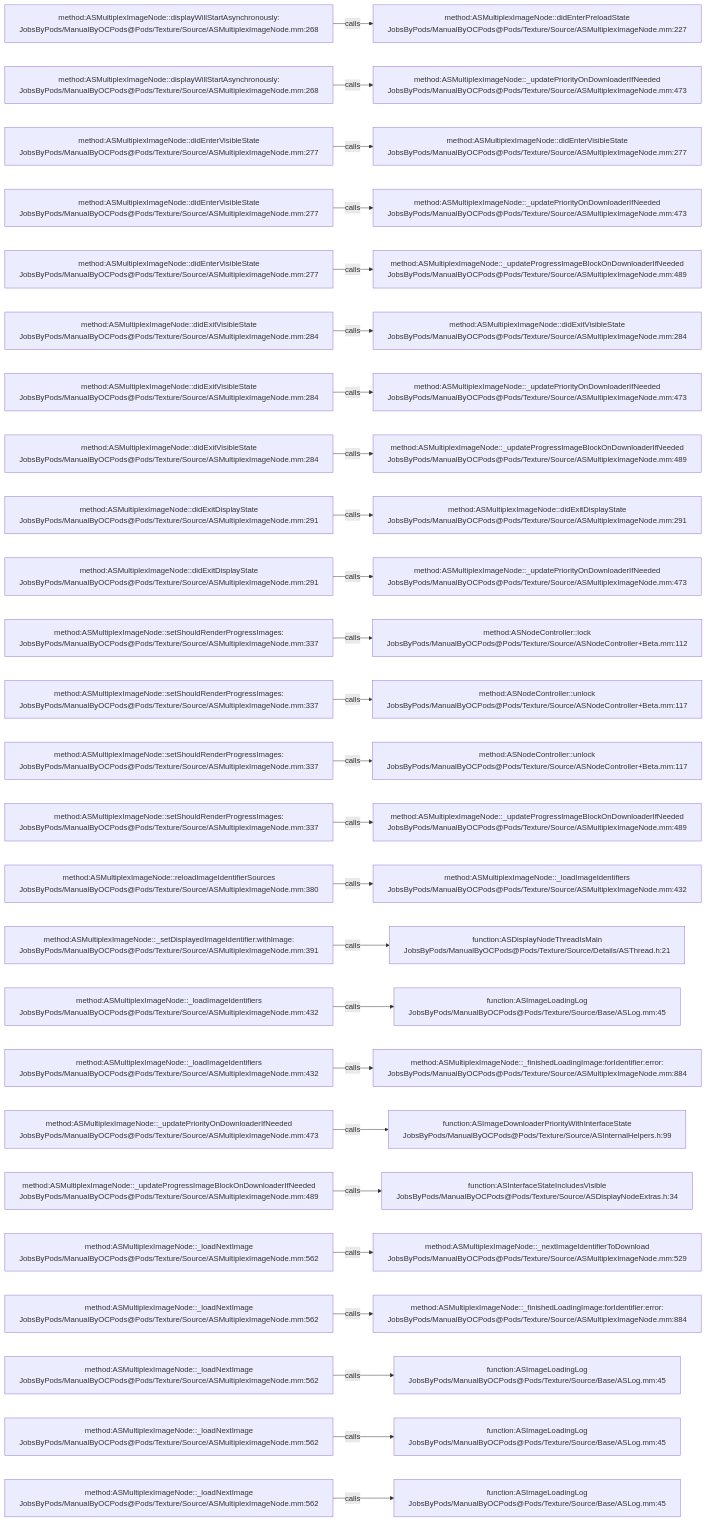
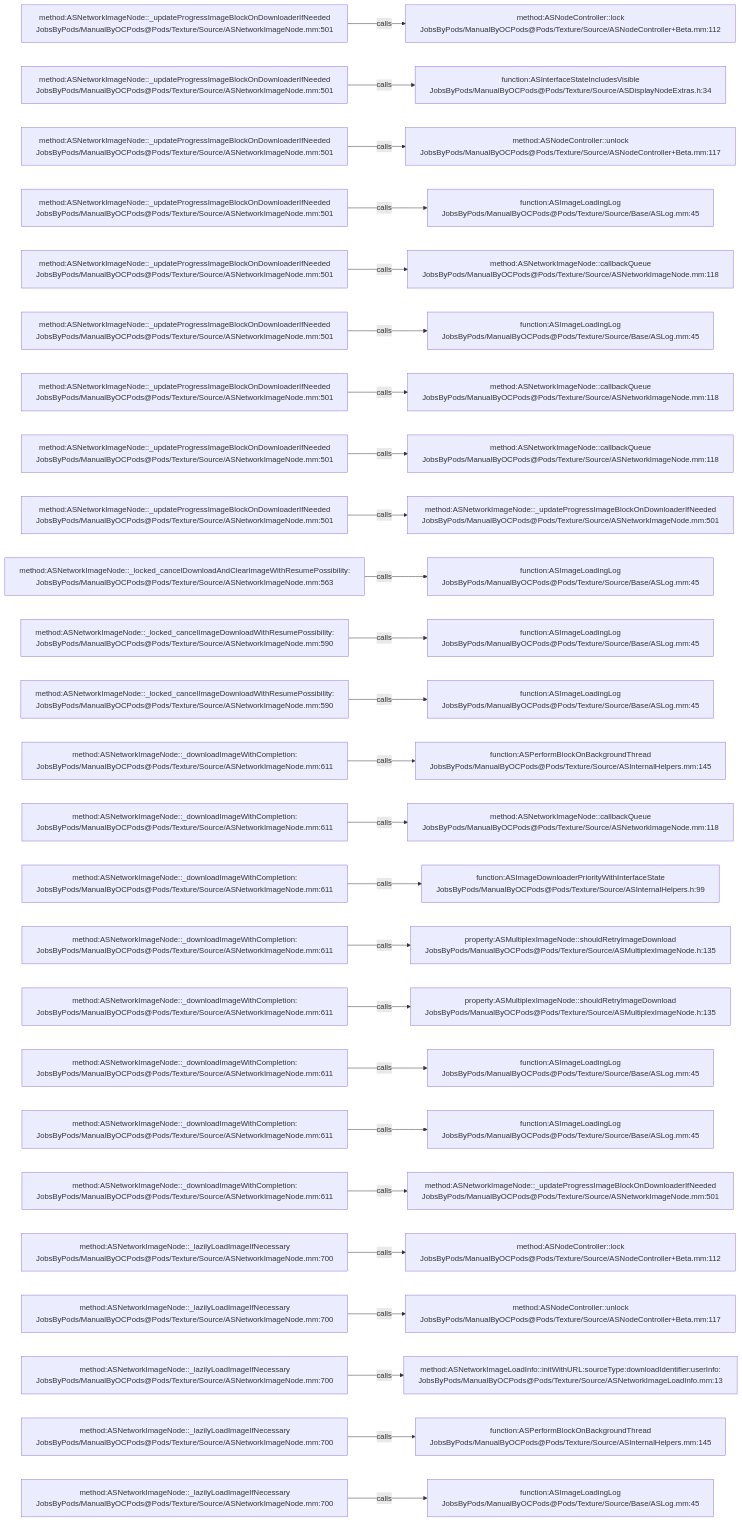
One commit to JobsKits/JobsOCBaseConfigDemo changed the diagram in .codegraph/codegraph.md/graphs/calls-116.md. Above: the diagram before and after it, drawn with Mermaid. The commit also changed 1353 other files, not shown here.

````diff
--- a/.codegraph/codegraph.md/graphs/calls-116.md
+++ b/.codegraph/codegraph.md/graphs/calls-116.md
@@ -13,78 +13,78 @@
 ```mermaid
 flowchart LR
-  S1["method:ASMultiplexImageNode::displayWillStartAsynchronously:<br/>JobsByPods/ManualByOCPods@Pods/Texture/Source/ASMultiplexImageNode.mm:268"]
-  T1["method:ASMultiplexImageNode::didEnterPreloadState<br/>JobsByPods/ManualByOCPods@Pods/Texture/Source/ASMultiplexImageNode.mm:227"]
+  S1["method:ASNetworkImageNode::_updateProgressImageBlockOnDownloaderIfNeeded<br/>JobsByPods/ManualByOCPods@Pods/Texture/Source/ASNetworkImageNode.mm:501"]
+  T1["method:ASNodeController::lock<br/>JobsByPods/ManualByOCPods@Pods/Texture/Source/ASNodeController+Beta.mm:112"]
   S1 -->|calls| T1
-  S2["method:ASMultiplexImageNode::displayWillStartAsynchronously:<br/>JobsByPods/ManualByOCPods@Pods/Texture/Source/ASMultiplexImageNode.mm:268"]
-  T2["method:ASMultiplexImageNode::_updatePriorityOnDownloaderIfNeeded<br/>JobsByPods/ManualByOCPods@Pods/Texture/Source/ASMultiplexImageNode.mm:473"]
+  S2["method:ASNetworkImageNode::_updateProgressImageBlockOnDownloaderIfNeeded<br/>JobsByPods/ManualByOCPods@Pods/Texture/Source/ASNetworkImageNode.mm:501"]
+  T2["function:ASInterfaceStateIncludesVisible<br/>JobsByPods/ManualByOCPods@Pods/Texture/Source/ASDisplayNodeExtras.h:34"]
   S2 -->|calls| T2
-  S3["method:ASMultiplexImageNode::didEnterVisibleState<br/>JobsByPods/ManualByOCPods@Pods/Texture/Source/ASMultiplexImageNode.mm:277"]
-  T3["method:ASMultiplexImageNode::didEnterVisibleState<br/>JobsByPods/ManualByOCPods@Pods/Texture/Source/ASMultiplexImageNode.mm:277"]
+  S3["method:ASNetworkImageNode::_updateProgressImageBlockOnDownloaderIfNeeded<br/>JobsByPods/ManualByOCPods@Pods/Texture/Source/ASNetworkImageNode.mm:501"]
+  T3["method:ASNodeController::unlock<br/>JobsByPods/ManualByOCPods@Pods/Texture/Source/ASNodeController+Beta.mm:117"]
   S3 -->|calls| T3
-  S4["method:ASMultiplexImageNode::didEnterVisibleState<br/>JobsByPods/ManualByOCPods@Pods/Texture/Source/ASMultiplexImageNode.mm:277"]
-  T4["method:ASMultiplexImageNode::_updatePriorityOnDownloaderIfNeeded<br/>JobsByPods/ManualByOCPods@Pods/Texture/Source/ASMultiplexImageNode.mm:473"]
+  S4["method:ASNetworkImageNode::_updateProgressImageBlockOnDownloaderIfNeeded<br/>JobsByPods/ManualByOCPods@Pods/Texture/Source/ASNetworkImageNode.mm:501"]
+  T4["function:ASImageLoadingLog<br/>JobsByPods/ManualByOCPods@Pods/Texture/Source/Base/ASLog.mm:45"]
   S4 -->|calls| T4
-  S5["method:ASMultiplexImageNode::didEnterVisibleState<br/>JobsByPods/ManualByOCPods@Pods/Texture/Source/ASMultiplexImageNode.mm:277"]
-  T5["method:ASMultiplexImageNode::_updateProgressImageBlockOnDownloaderIfNeeded<br/>JobsByPods/ManualByOCPods@Pods/Texture/Source/ASMultiplexImageNode.mm:489"]
+  S5["method:ASNetworkImageNode::_updateProgressImageBlockOnDownloaderIfNeeded<br/>JobsByPods/ManualByOCPods@Pods/Texture/Source/ASNetworkImageNode.mm:501"]
+  T5["method:ASNetworkImageNode::callbackQueue<br/>JobsByPods/ManualByOCPods@Pods/Texture/Source/ASNetworkImageNode.mm:118"]
   S5 -->|calls| T5
-  S6["method:ASMultiplexImageNode::didExitVisibleState<br/>JobsByPods/ManualByOCPods@Pods/Texture/Source/ASMultiplexImageNode.mm:284"]
-  T6["method:ASMultiplexImageNode::didExitVisibleState<br/>JobsByPods/ManualByOCPods@Pods/Texture/Source/ASMultiplexImageNode.mm:284"]
+  S6["method:ASNetworkImageNode::_updateProgressImageBlockOnDownloaderIfNeeded<br/>JobsByPods/ManualByOCPods@Pods/Texture/Source/ASNetworkImageNode.mm:501"]
+  T6["function:ASImageLoadingLog<br/>JobsByPods/ManualByOCPods@Pods/Texture/Source/Base/ASLog.mm:45"]
   S6 -->|calls| T6
-  S7["method:ASMultiplexImageNode::didExitVisibleState<br/>JobsByPods/ManualByOCPods@Pods/Texture/Source/ASMultiplexImageNode.mm:284"]
-  T7["method:ASMultiplexImageNode::_updatePriorityOnDownloaderIfNeeded<br/>JobsByPods/ManualByOCPods@Pods/Texture/Source/ASMultiplexImageNode.mm:473"]
+  S7["method:ASNetworkImageNode::_updateProgressImageBlockOnDownloaderIfNeeded<br/>JobsByPods/ManualByOCPods@Pods/Texture/Source/ASNetworkImageNode.mm:501"]
+  T7["method:ASNetworkImageNode::callbackQueue<br/>JobsByPods/ManualByOCPods@Pods/Texture/Source/ASNetworkImageNode.mm:118"]
   S7 -->|calls| T7
-  S8["method:ASMultiplexImageNode::didExitVisibleState<br/>JobsByPods/ManualByOCPods@Pods/Texture/Source/ASMultiplexImageNode.mm:284"]
-  T8["method:ASMultiplexImageNode::_updateProgressImageBlockOnDownloaderIfNeeded<br/>JobsByPods/ManualByOCPods@Pods/Texture/Source/ASMultiplexImageNode.mm:489"]
+  S8["method:ASNetworkImageNode::_updateProgressImageBlockOnDownloaderIfNeeded<br/>JobsByPods/ManualByOCPods@Pods/Texture/Source/ASNetworkImageNode.mm:501"]
+  T8["method:ASNetworkImageNode::callbackQueue<br/>JobsByPods/ManualByOCPods@Pods/Texture/Source/ASNetworkImageNode.mm:118"]
   S8 -->|calls| T8
-  S9["method:ASMultiplexImageNode::didExitDisplayState<br/>JobsByPods/ManualByOCPods@Pods/Texture/Source/ASMultiplexImageNode.mm:291"]
-  T9["method:ASMultiplexImageNode::didExitDisplayState<br/>JobsByPods/ManualByOCPods@Pods/Texture/Source/ASMultiplexImageNode.mm:291"]
+  S9["method:ASNetworkImageNode::_updateProgressImageBlockOnDownloaderIfNeeded<br/>JobsByPods/ManualByOCPods@Pods/Texture/Source/ASNetworkImageNode.mm:501"]
+  T9["method:ASNetworkImageNode::_updateProgressImageBlockOnDownloaderIfNeeded<br/>JobsByPods/ManualByOCPods@Pods/Texture/Source/ASNetworkImageNode.mm:501"]
   S9 -->|calls| T9
-  S10["method:ASMultiplexImageNode::didExitDisplayState<br/>JobsByPods/ManualByOCPods@Pods/Texture/Source/ASMultiplexImageNode.mm:291"]
-  T10["method:ASMultiplexImageNode::_updatePriorityOnDownloaderIfNeeded<br/>JobsByPods/ManualByOCPods@Pods/Texture/Source/ASMultiplexImageNode.mm:473"]
+  S10["method:ASNetworkImageNode::_locked_cancelDownloadAndClearImageWithResumePossibility:<br/>JobsByPods/ManualByOCPods@Pods/Texture/Source/ASNetworkImageNode.mm:563"]
+  T10["function:ASImageLoadingLog<br/>JobsByPods/ManualByOCPods@Pods/Texture/Source/Base/ASLog.mm:45"]
   S10 -->|calls| T10
-  S11["method:ASMultiplexImageNode::setShouldRenderProgressImages:<br/>JobsByPods/ManualByOCPods@Pods/Texture/Source/ASMultiplexImageNode.mm:337"]
-  T11["method:ASNodeController::lock<br/>JobsByPods/ManualByOCPods@Pods/Texture/Source/ASNodeController+Beta.mm:112"]
+  S11["method:ASNetworkImageNode::_locked_cancelImageDownloadWithResumePossibility:<br/>JobsByPods/ManualByOCPods@Pods/Texture/Source/ASNetworkImageNode.mm:590"]
+  T11["function:ASImageLoadingLog<br/>JobsByPods/ManualByOCPods@Pods/Texture/Source/Base/ASLog.mm:45"]
   S11 -->|calls| T11
-  S12["method:ASMultiplexImageNode::setShouldRenderProgressImages:<br/>JobsByPods/ManualByOCPods@Pods/Texture/Source/ASMultiplexImageNode.mm:337"]
-  T12["method:ASNodeController::unlock<br/>JobsByPods/ManualByOCPods@Pods/Texture/Source/ASNodeController+Beta.mm:117"]
+  S12["method:ASNetworkImageNode::_locked_cancelImageDownloadWithResumePossibility:<br/>JobsByPods/ManualByOCPods@Pods/Texture/Source/ASNetworkImageNode.mm:590"]
+  T12["function:ASImageLoadingLog<br/>JobsByPods/ManualByOCPods@Pods/Texture/Source/Base/ASLog.mm:45"]
   S12 -->|calls| T12
-  S13["method:ASMultiplexImageNode::setShouldRenderProgressImages:<br/>JobsByPods/ManualByOCPods@Pods/Texture/Source/ASMultiplexImageNode.mm:337"]
-  T13["method:ASNodeController::unlock<br/>JobsByPods/ManualByOCPods@Pods/Texture/Source/ASNodeController+Beta.mm:117"]
+  S13["method:ASNetworkImageNode::_downloadImageWithCompletion:<br/>JobsByPods/ManualByOCPods@Pods/Texture/Source/ASNetworkImageNode.mm:611"]
+  T13["function:ASPerformBlockOnBackgroundThread<br/>JobsByPods/ManualByOCPods@Pods/Texture/Source/ASInternalHelpers.mm:145"]
   S13 -->|calls| T13
-  S14["method:ASMultiplexImageNode::setShouldRenderProgressImages:<br/>JobsByPods/ManualByOCPods@Pods/Texture/Source/ASMultiplexImageNode.mm:337"]
-  T14["method:ASMultiplexImageNode::_updateProgressImageBlockOnDownloaderIfNeeded<br/>JobsByPods/ManualByOCPods@Pods/Texture/Source/ASMultiplexImageNode.mm:489"]
+  S14["method:ASNetworkImageNode::_downloadImageWithCompletion:<br/>JobsByPods/ManualByOCPods@Pods/Texture/Source/ASNetworkImageNode.mm:611"]
+  T14["method:ASNetworkImageNode::callbackQueue<br/>JobsByPods/ManualByOCPods@Pods/Texture/Source/ASNetworkImageNode.mm:118"]
   S14 -->|calls| T14
-  S15["method:ASMultiplexImageNode::reloadImageIdentifierSources<br/>JobsByPods/ManualByOCPods@Pods/Texture/Source/ASMultiplexImageNode.mm:380"]
-  T15["method:ASMultiplexImageNode::_loadImageIdentifiers<br/>JobsByPods/ManualByOCPods@Pods/Texture/Source/ASMultiplexImageNode.mm:432"]
+  S15["method:ASNetworkImageNode::_downloadImageWithCompletion:<br/>JobsByPods/ManualByOCPods@Pods/Texture/Source/ASNetworkImageNode.mm:611"]
+  T15["function:ASImageDownloaderPriorityWithInterfaceState<br/>JobsByPods/ManualByOCPods@Pods/Texture/Source/ASInternalHelpers.h:99"]
   S15 -->|calls| T15
-  S16["method:ASMultiplexImageNode::_setDisplayedImageIdentifier:withImage:<br/>JobsByPods/ManualByOCPods@Pods/Texture/Source/ASMultiplexImageNode.mm:391"]
-  T16["function:ASDisplayNodeThreadIsMain<br/>JobsByPods/ManualByOCPods@Pods/Texture/Source/Details/ASThread.h:21"]
+  S16["method:ASNetworkImageNode::_downloadImageWithCompletion:<br/>JobsByPods/ManualByOCPods@Pods/Texture/Source/ASNetworkImageNode.mm:611"]
+  T16["property:ASMultiplexImageNode::shouldRetryImageDownload<br/>JobsByPods/ManualByOCPods@Pods/Texture/Source/ASMultiplexImageNode.h:135"]
   S16 -->|calls| T16
-  S17["method:ASMultiplexImageNode::_loadImageIdentifiers<br/>JobsByPods/ManualByOCPods@Pods/Texture/Source/ASMultiplexImageNode.mm:432"]
-  T17["function:ASImageLoadingLog<br/>JobsByPods/ManualByOCPods@Pods/Texture/Source/Base/ASLog.mm:45"]
+  S17["method:ASNetworkImageNode::_downloadImageWithCompletion:<br/>JobsByPods/ManualByOCPods@Pods/Texture/Source/ASNetworkImageNode.mm:611"]
+  T17["property:ASMultiplexImageNode::shouldRetryImageDownload<br/>JobsByPods/ManualByOCPods@Pods/Texture/Source/ASMultiplexImageNode.h:135"]
   S17 -->|calls| T17
-  S18["method:ASMultiplexImageNode::_loadImageIdentifiers<br/>JobsByPods/ManualByOCPods@Pods/Texture/Source/ASMultiplexImageNode.mm:432"]
-  T18["method:ASMultiplexImageNode::_finishedLoadingImage:forIdentifier:error:<br/>JobsByPods/ManualByOCPods@Pods/Texture/Source/ASMultiplexImageNode.mm:884"]
+  S18["method:ASNetworkImageNode::_downloadImageWithCompletion:<br/>JobsByPods/ManualByOCPods@Pods/Texture/Source/ASNetworkImageNode.mm:611"]
+  T18["function:ASImageLoadingLog<br/>JobsByPods/ManualByOCPods@Pods/Texture/Source/Base/ASLog.mm:45"]
   S18 -->|calls| T18
-  S19["method:ASMultiplexImageNode::_updatePriorityOnDownloaderIfNeeded<br/>JobsByPods/ManualByOCPods@Pods/Texture/Source/ASMultiplexImageNode.mm:473"]
-  T19["function:ASImageDownloaderPriorityWithInterfaceState<br/>JobsByPods/ManualByOCPods@Pods/Texture/Source/ASInternalHelpers.h:99"]
+  S19["method:ASNetworkImageNode::_downloadImageWithCompletion:<br/>JobsByPods/ManualByOCPods@Pods/Texture/Source/ASNetworkImageNode.mm:611"]
+  T19["function:ASImageLoadingLog<br/>JobsByPods/ManualByOCPods@Pods/Texture/Source/Base/ASLog.mm:45"]
   S19 -->|calls| T19
-  S20["method:ASMultiplexImageNode::_updateProgressImageBlockOnDownloaderIfNeeded<br/>JobsByPods/ManualByOCPods@Pods/Texture/Source/ASMultiplexImageNode.mm:489"]
-  T20["function:ASInterfaceStateIncludesVisible<br/>JobsByPods/ManualByOCPods@Pods/Texture/Source/ASDisplayNodeExtras.h:34"]
+  S20["method:ASNetworkImageNode::_downloadImageWithCompletion:<br/>JobsByPods/ManualByOCPods@Pods/Texture/Source/ASNetworkImageNode.mm:611"]
+  T20["method:ASNetworkImageNode::_updateProgressImageBlockOnDownloaderIfNeeded<br/>JobsByPods/ManualByOCPods@Pods/Texture/Source/ASNetworkImageNode.mm:501"]
   S20 -->|calls| T20
-  S21["method:ASMultiplexImageNode::_loadNextImage<br/>JobsByPods/ManualByOCPods@Pods/Texture/Source/ASMultiplexImageNode.mm:562"]
-  T21["method:ASMultiplexImageNode::_nextImageIdentifierToDownload<br/>JobsByPods/ManualByOCPods@Pods/Texture/Source/ASMultiplexImageNode.mm:529"]
+  S21["method:ASNetworkImageNode::_lazilyLoadImageIfNecessary<br/>JobsByPods/ManualByOCPods@Pods/Texture/Source/ASNetworkImageNode.mm:700"]
+  T21["method:ASNodeController::lock<br/>JobsByPods/ManualByOCPods@Pods/Texture/Source/ASNodeController+Beta.mm:112"]
   S21 -->|calls| T21
-  S22["method:ASMultiplexImageNode::_loadNextImage<br/>JobsByPods/ManualByOCPods@Pods/Texture/Source/ASMultiplexImageNode.mm:562"]
-  T22["method:ASMultiplexImageNode::_finishedLoadingImage:forIdentifier:error:<br/>JobsByPods/ManualByOCPods@Pods/Texture/Source/ASMultiplexImageNode.mm:884"]
+  S22["method:ASNetworkImageNode::_lazilyLoadImageIfNecessary<br/>JobsByPods/ManualByOCPods@Pods/Texture/Source/ASNetworkImageNode.mm:700"]
+  T22["method:ASNodeController::unlock<br/>JobsByPods/ManualByOCPods@Pods/Texture/Source/ASNodeController+Beta.mm:117"]
   S22 -->|calls| T22
-  S23["method:ASMultiplexImageNode::_loadNextImage<br/>JobsByPods/ManualByOCPods@Pods/Texture/Source/ASMultiplexImageNode.mm:562"]
-  T23["function:ASImageLoadingLog<br/>JobsByPods/ManualByOCPods@Pods/Texture/Source/Base/ASLog.mm:45"]
+  S23["method:ASNetworkImageNode::_lazilyLoadImageIfNecessary<br/>JobsByPods/ManualByOCPods@Pods/Texture/Source/ASNetworkImageNode.mm:700"]
+  T23["method:ASNetworkImageLoadInfo::initWithURL:sourceType:downloadIdentifier:userInfo:<br/>JobsByPods/ManualByOCPods@Pods/Texture/Source/ASNetworkImageLoadInfo.mm:13"]
   S23 -->|calls| T23
-  S24["method:ASMultiplexImageNode::_loadNextImage<br/>JobsByPods/ManualByOCPods@Pods/Texture/Source/ASMultiplexImageNode.mm:562"]
-  T24["function:ASImageLoadingLog<br/>JobsByPods/ManualByOCPods@Pods/Texture/Source/Base/ASLog.mm:45"]
+  S24["method:ASNetworkImageNode::_lazilyLoadImageIfNecessary<br/>JobsByPods/ManualByOCPods@Pods/Texture/Source/ASNetworkImageNode.mm:700"]
+  T24["function:ASPerformBlockOnBackgroundThread<br/>JobsByPods/ManualByOCPods@Pods/Texture/Source/ASInternalHelpers.mm:145"]
   S24 -->|calls| T24
-  S25["method:ASMultiplexImageNode::_loadNextImage<br/>JobsByPods/ManualByOCPods@Pods/Texture/Source/ASMultiplexImageNode.mm:562"]
+  S25["method:ASNetworkImageNode::_lazilyLoadImageIfNecessary<br/>JobsByPods/ManualByOCPods@Pods/Texture/Source/ASNetworkImageNode.mm:700"]
   T25["function:ASImageLoadingLog<br/>JobsByPods/ManualByOCPods@Pods/Texture/Source/Base/ASLog.mm:45"]
   S25 -->|calls| T25
 ```
````
